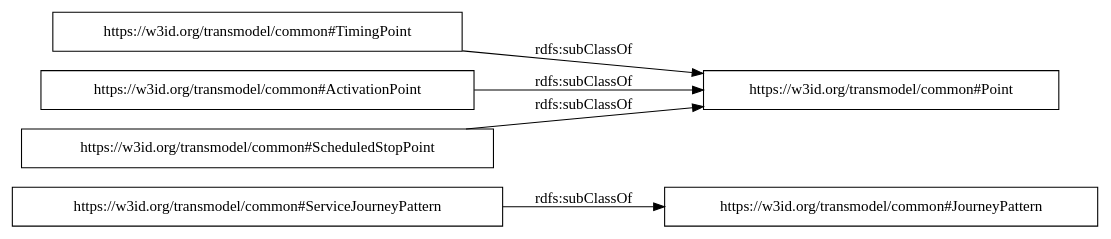
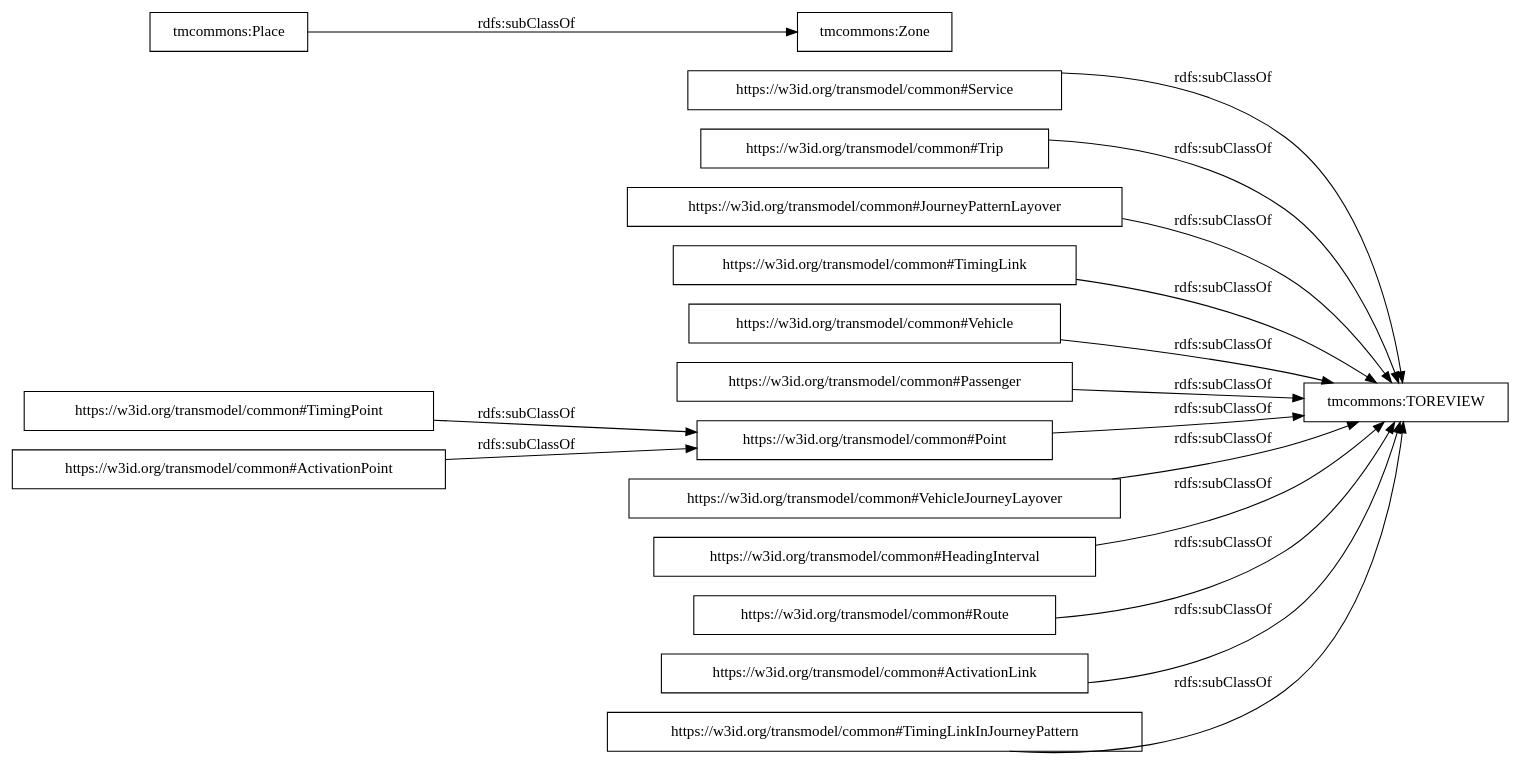
One commit to oeg-upm/transmodel-ontology changed the diagram in OnToology/ontology/tm-commons.owl/diagrams/ar2dtool-taxonomy/tm-commons.owl.png.dot. Above: the diagram before and after it, drawn with Graphviz. The commit also changed 13 other files, not shown here.

```diff
--- a/OnToology/ontology/tm-commons.owl/diagrams/ar2dtool-taxonomy/tm-commons.owl.png.dot
+++ b/OnToology/ontology/tm-commons.owl/diagrams/ar2dtool-taxonomy/tm-commons.owl.png.dot
@@ -1,10 +1,21 @@
 digraph ar2dtool_diagram { 
 rankdir=LR;
 size="1000"
-node [shape = rectangle, color="black"]; "https://w3id.org/transmodel/common#ServiceJourneyPattern" "https://w3id.org/transmodel/common#Point" "https://w3id.org/transmodel/common#TimingPoint" "https://w3id.org/transmodel/common#JourneyPattern" "https://w3id.org/transmodel/common#ActivationPoint" "https://w3id.org/transmodel/common#ScheduledStopPoint" ; /*classes style*/
-	"https://w3id.org/transmodel/common#ScheduledStopPoint" -> "https://w3id.org/transmodel/common#Point" [ label = "rdfs:subClassOf" ];
+node [shape = rectangle, color="black"]; "https://w3id.org/transmodel/common#Service" "https://w3id.org/transmodel/common#Trip" "https://w3id.org/transmodel/common#JourneyPatternLayover" "https://w3id.org/transmodel/common#TimingLink" "https://w3id.org/transmodel/common#Vehicle" "https://w3id.org/transmodel/common#Passenger" "https://w3id.org/transmodel/common#Point" "tmcommons:Zone" "https://w3id.org/transmodel/common#VehicleJourneyLayover" "https://w3id.org/transmodel/common#HeadingInterval" "https://w3id.org/transmodel/common#TimingPoint" "tmcommons:TOREVIEW" "tmcommons:Place" "https://w3id.org/transmodel/common#Route" "https://w3id.org/transmodel/common#ActivationLink" "https://w3id.org/transmodel/common#ActivationPoint" "https://w3id.org/transmodel/common#TimingLinkInJourneyPattern" ; /*classes style*/
+	"https://w3id.org/transmodel/common#TimingPoint" -> "https://w3id.org/transmodel/common#Point" [ label = "rdfs:subClassOf" ];
+	"https://w3id.org/transmodel/common#TimingLinkInJourneyPattern" -> "tmcommons:TOREVIEW" [ label = "rdfs:subClassOf" ];
+	"https://w3id.org/transmodel/common#JourneyPatternLayover" -> "tmcommons:TOREVIEW" [ label = "rdfs:subClassOf" ];
+	"https://w3id.org/transmodel/common#ActivationLink" -> "tmcommons:TOREVIEW" [ label = "rdfs:subClassOf" ];
+	"tmcommons:Place" -> "tmcommons:Zone" [ label = "rdfs:subClassOf" ];
+	"https://w3id.org/transmodel/common#TimingLink" -> "tmcommons:TOREVIEW" [ label = "rdfs:subClassOf" ];
+	"https://w3id.org/transmodel/common#Route" -> "tmcommons:TOREVIEW" [ label = "rdfs:subClassOf" ];
+	"https://w3id.org/transmodel/common#Vehicle" -> "tmcommons:TOREVIEW" [ label = "rdfs:subClassOf" ];
+	"https://w3id.org/transmodel/common#Point" -> "tmcommons:TOREVIEW" [ label = "rdfs:subClassOf" ];
+	"https://w3id.org/transmodel/common#Trip" -> "tmcommons:TOREVIEW" [ label = "rdfs:subClassOf" ];
+	"https://w3id.org/transmodel/common#VehicleJourneyLayover" -> "tmcommons:TOREVIEW" [ label = "rdfs:subClassOf" ];
+	"https://w3id.org/transmodel/common#Passenger" -> "tmcommons:TOREVIEW" [ label = "rdfs:subClassOf" ];
+	"https://w3id.org/transmodel/common#HeadingInterval" -> "tmcommons:TOREVIEW" [ label = "rdfs:subClassOf" ];
+	"https://w3id.org/transmodel/common#Service" -> "tmcommons:TOREVIEW" [ label = "rdfs:subClassOf" ];
 	"https://w3id.org/transmodel/common#ActivationPoint" -> "https://w3id.org/transmodel/common#Point" [ label = "rdfs:subClassOf" ];
-	"https://w3id.org/transmodel/common#ServiceJourneyPattern" -> "https://w3id.org/transmodel/common#JourneyPattern" [ label = "rdfs:subClassOf" ];
-	"https://w3id.org/transmodel/common#TimingPoint" -> "https://w3id.org/transmodel/common#Point" [ label = "rdfs:subClassOf" ];
 
 }
```
